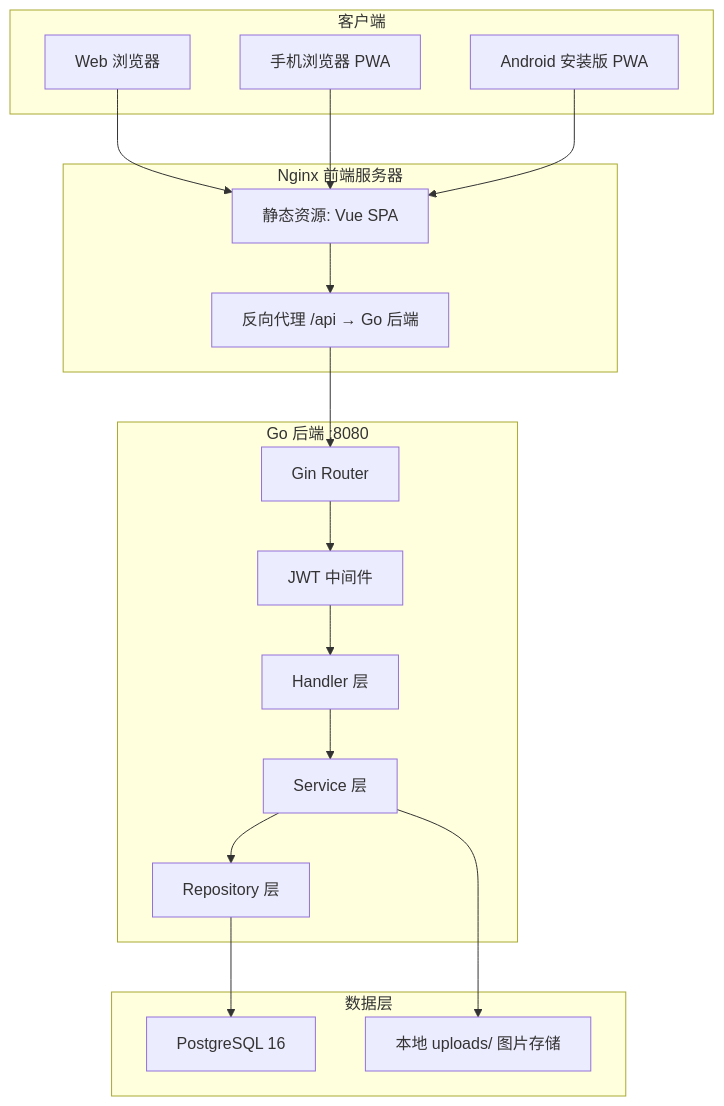
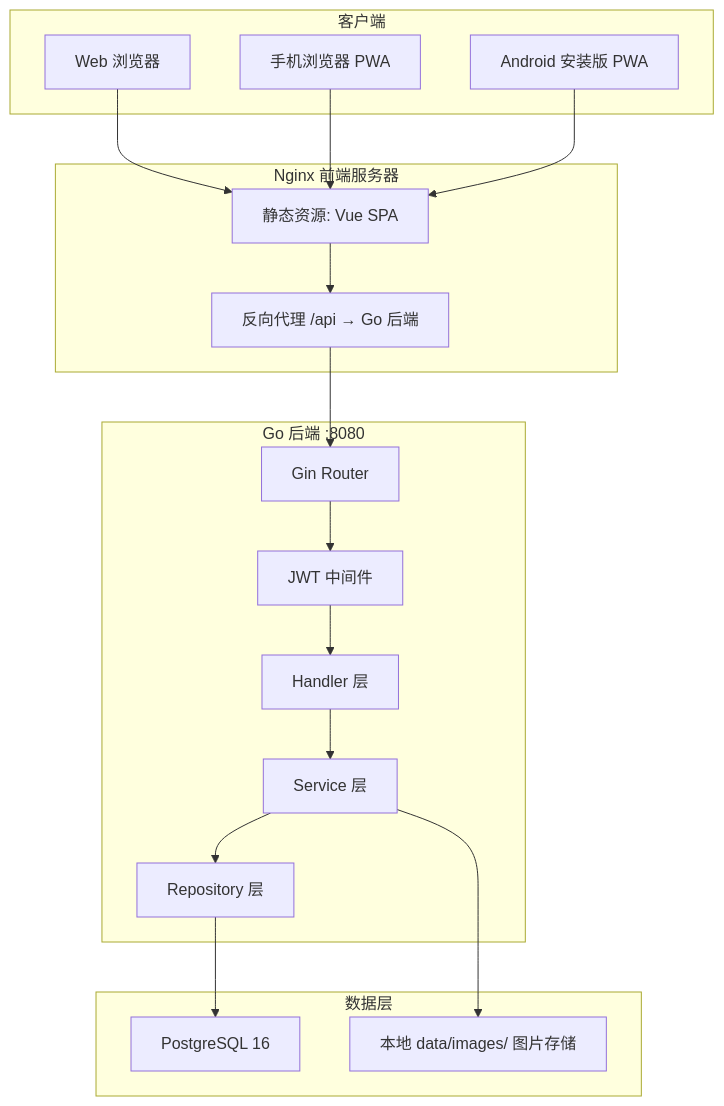
One commit to blue-cloud-net/food-log changed the first of 6 diagrams in docs/architecture.md. Above: the diagram before and after it, drawn with Mermaid. The commit also changed other lines of this file and 3 other files, not shown here.

````diff
--- a/docs/architecture.md
+++ b/docs/architecture.md
@@ -11,38 +11,38 @@
 ```mermaid
 graph TB
     subgraph 客户端
         A[Web 浏览器]
         B[手机浏览器 PWA]
         C[Android 安装版 PWA]
     end
 
     subgraph Nginx 前端服务器
         D[静态资源: Vue SPA]
         E[反向代理 /api → Go 后端]
     end
 
     subgraph Go 后端 :8080
         F[Gin Router]
         G[JWT 中间件]
         H[Handler 层]
         I[Service 层]
         J[Repository 层]
     end
 
     subgraph 数据层
         K[PostgreSQL 16]
-        L[本地 uploads/ 图片存储]
+        L[本地 data/images/ 图片存储]
     end
 
     A --> D
     B --> D
     C --> D
     D --> E
     E --> F
     F --> G
     G --> H
     H --> I
     I --> J
     J --> K
     I --> L
 ```
````
